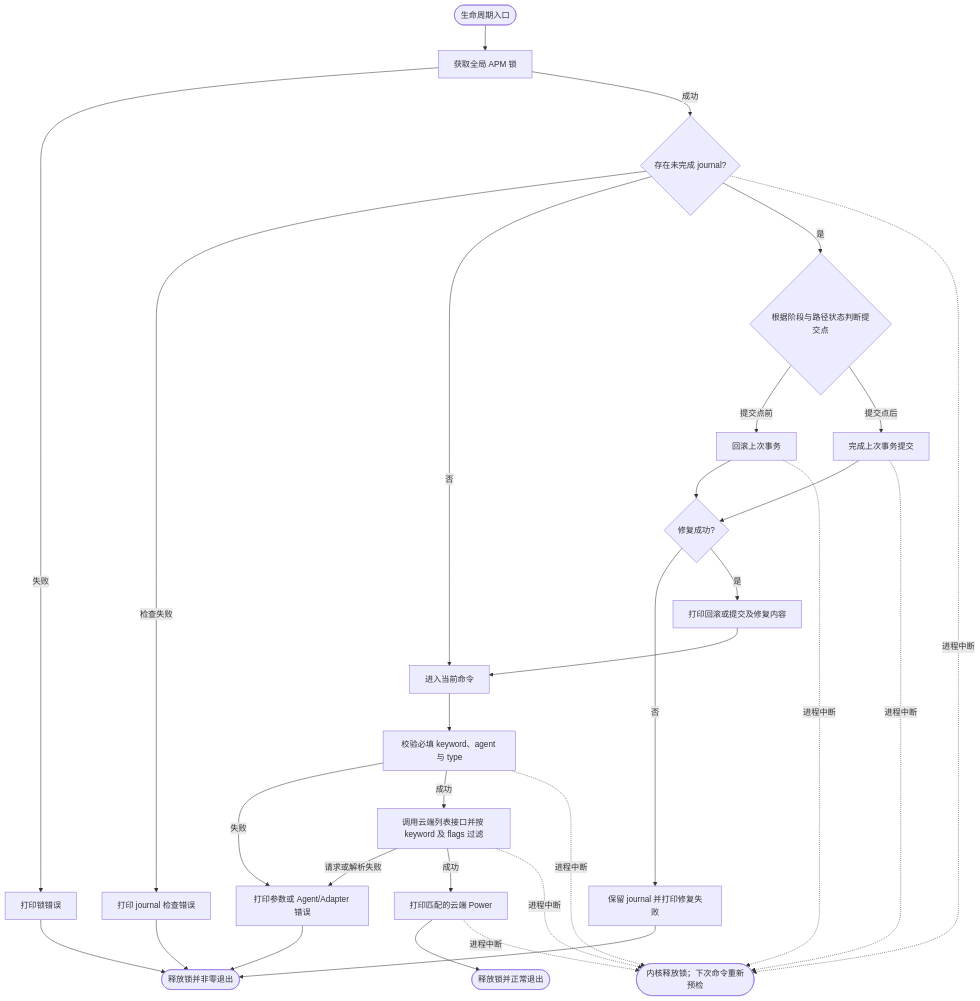
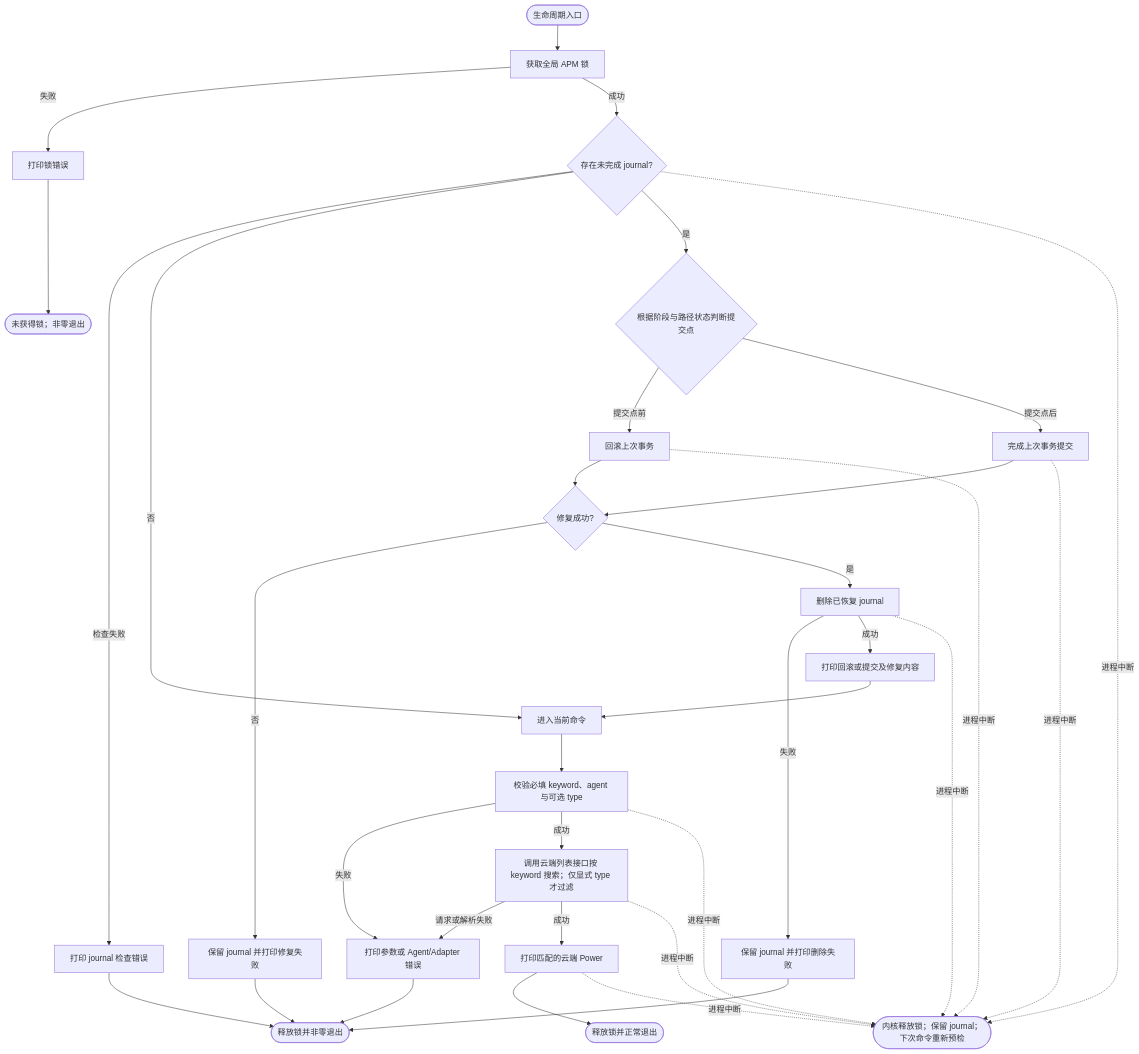
Before and after one commit to spacemit-com/agent-power-manager: the diagram in ivory-tower/c4/components/apm-cli-lifecycle-diagrams/search.mmd, drawn with Mermaid. The commit also changed 6 other files, not shown here.

```diff
--- a/ivory-tower/c4/components/apm-cli-lifecycle-diagrams/search.mmd
+++ b/ivory-tower/c4/components/apm-cli-lifecycle-diagrams/search.mmd
@@ -1,26 +1,29 @@
 flowchart TD
     SearchStart([生命周期入口]) --> SearchLock[获取全局 APM 锁]
-    SearchLock -->|失败| SearchLockFail[打印锁错误] --> SearchExitError([释放锁并非零退出])
+    SearchLock -->|失败| SearchLockFail[打印锁错误] --> SearchLockExitError([未获得锁；非零退出])
     SearchLock -->|成功| SearchJournal{存在未完成 journal?}
-    SearchJournal -->|检查失败| SearchJournalFail[打印 journal 检查错误] --> SearchExitError
+    SearchJournal -->|检查失败| SearchJournalFail[打印 journal 检查错误] --> SearchExitError([释放锁并非零退出])
     SearchJournal -->|否| SearchCommand[进入当前命令]
     SearchJournal -->|是| SearchDecide{根据阶段与路径状态判断提交点}
     SearchDecide -->|提交点前| SearchRepairRollback[回滚上次事务]
     SearchDecide -->|提交点后| SearchRepairCommit[完成上次事务提交]
     SearchRepairRollback --> SearchRepairResult{修复成功?}
     SearchRepairCommit --> SearchRepairResult
     SearchRepairResult -->|否| SearchRepairFail[保留 journal 并打印修复失败] --> SearchExitError
-    SearchRepairResult -->|是| SearchRepairLog[打印回滚或提交及修复内容] --> SearchCommand
-    SearchRepairRollback -.进程中断.-> SearchInterrupted([内核释放锁；下次命令重新预检])
+    SearchRepairResult -->|是| SearchDeleteRecovered[删除已恢复 journal]
+    SearchDeleteRecovered -->|失败| SearchDeleteRecoveredFail[保留 journal 并打印删除失败] --> SearchExitError
+    SearchDeleteRecovered -->|成功| SearchRepairLog[打印回滚或提交及修复内容] --> SearchCommand
+    SearchRepairRollback -.进程中断.-> SearchInterrupted([内核释放锁；保留 journal；下次命令重新预检])
     SearchRepairCommit -.进程中断.-> SearchInterrupted
+    SearchDeleteRecovered -.进程中断.-> SearchInterrupted
     SearchJournal -.进程中断.-> SearchInterrupted
 
-    SearchCommand --> SearchValidate[校验必填 keyword、agent 与 type]
+    SearchCommand --> SearchValidate[校验必填 keyword、agent 与可选 type]
     SearchValidate -->|失败| SearchFail[打印参数或 Agent/Adapter 错误] --> SearchExitError
-    SearchValidate -->|成功| SearchCloudSearch[调用云端列表接口并按 keyword 及 flags 过滤]
+    SearchValidate -->|成功| SearchCloudSearch[调用云端列表接口按 keyword 搜索；仅显式 type 才过滤]
     SearchCloudSearch -->|请求或解析失败| SearchFail
     SearchCloudSearch -->|成功| SearchPrint[打印匹配的云端 Power]
     SearchPrint --> SearchExitOK([释放锁并正常退出])
     SearchValidate -.进程中断.-> SearchInterrupted
     SearchCloudSearch -.进程中断.-> SearchInterrupted
     SearchPrint -.进程中断.-> SearchInterrupted
```
